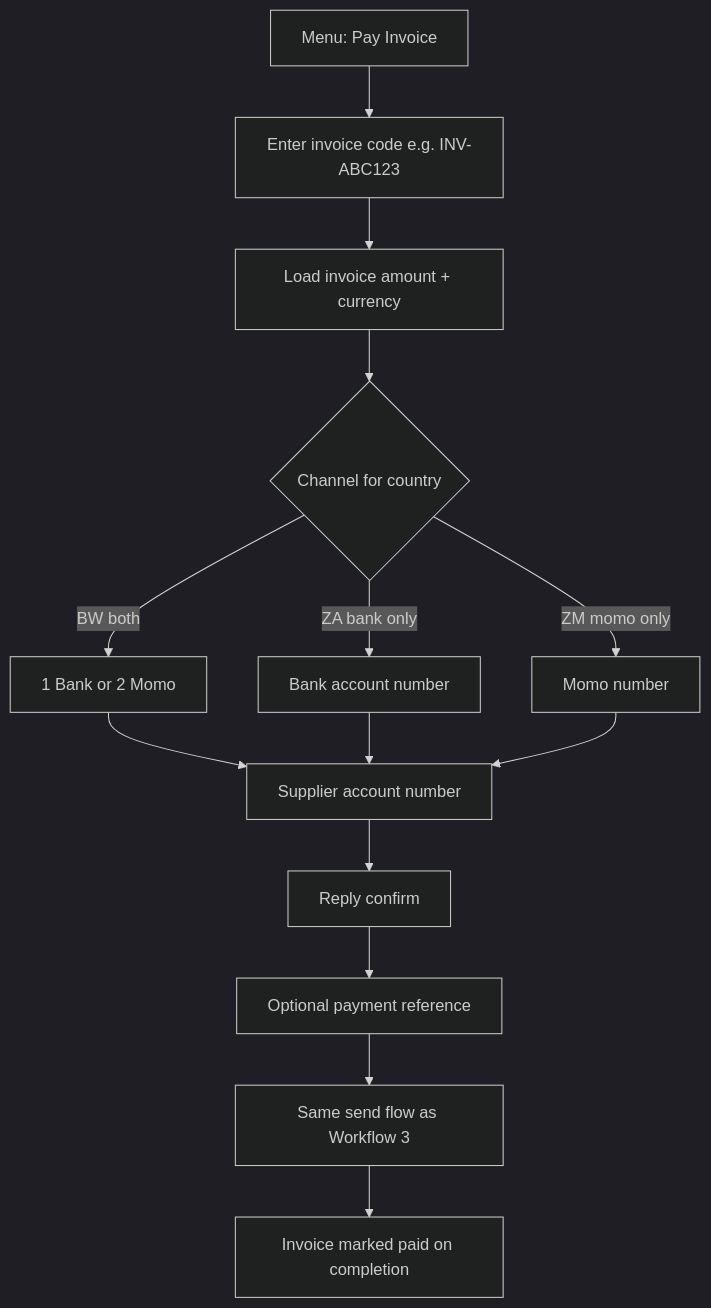
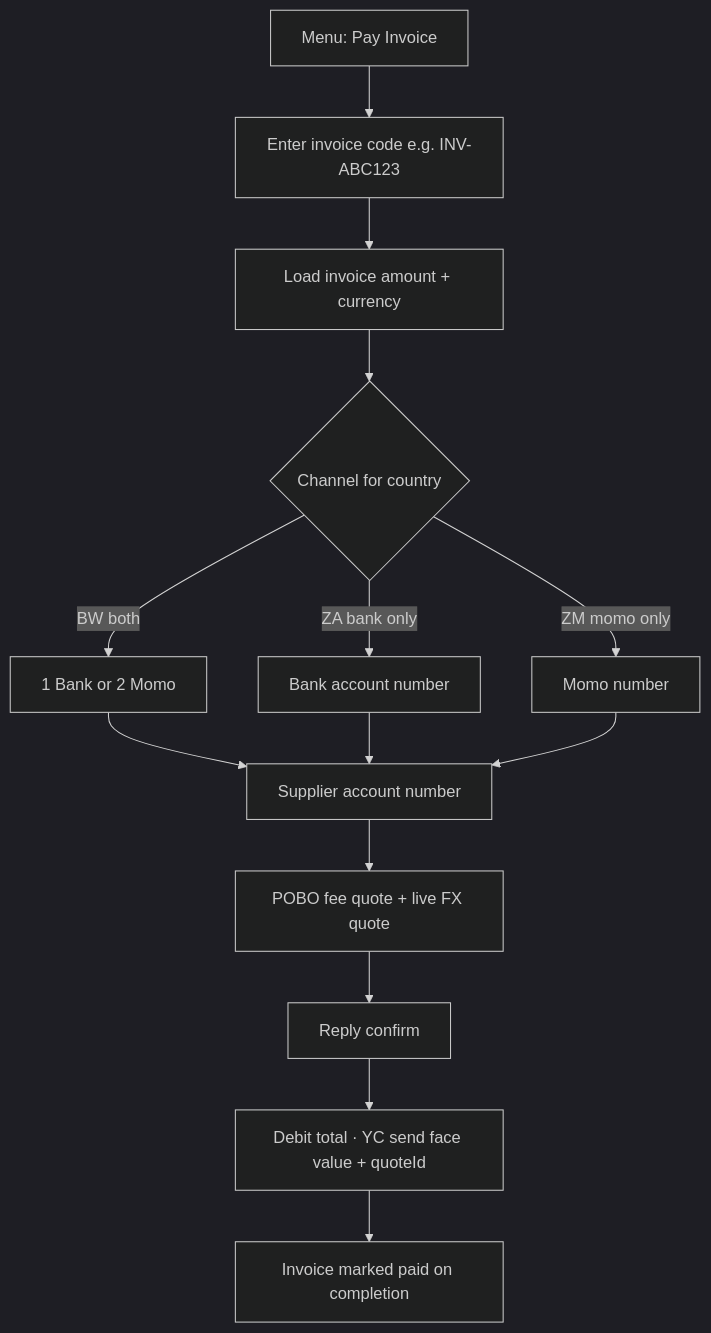
Before and after one commit to Brusselsmara/whatsapp-bot-automated: the fourth of 4 diagrams in README.md, drawn with Mermaid (dark theme). The commit also changed other lines of this file and 5 other files, not shown here.

````diff
--- a/README.md
+++ b/README.md
@@ -308,16 +374,16 @@
 ```mermaid
 flowchart TD
     A[Menu: Pay Invoice] --> B[Enter invoice code e.g. INV-ABC123]
     B --> C[Load invoice amount + currency]
     C --> D{Channel for country}
     D -->|BW both| E[1 Bank or 2 Momo]
     D -->|ZA bank only| F[Bank account number]
     D -->|ZM momo only| G[Momo number]
     E --> H[Supplier account number]
     F --> H
     G --> H
-    H --> I[Reply confirm]
-    I --> J[Optional payment reference]
-    J --> K[Same send flow as Workflow 3]
+    H --> I[POBO fee quote + live FX quote]
+    I --> J[Reply confirm]
+    J --> K[Debit total · YC send face value + quoteId]
     K --> L[Invoice marked paid on completion]
 ```
````
